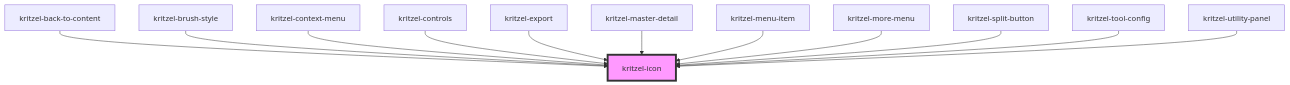
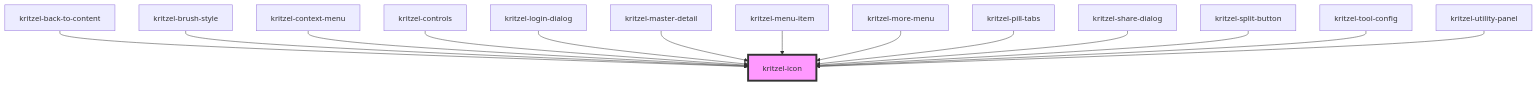
Before and after one commit to kasual1/kritzel: the diagram in libs/kritzel-stencil/src/components/shared/kritzel-icon/readme.md, drawn with Mermaid. The commit also changed other lines of this file and 469 other files, not shown here.

````diff
--- a/libs/kritzel-stencil/src/components/shared/kritzel-icon/readme.md
+++ b/libs/kritzel-stencil/src/components/shared/kritzel-icon/readme.md
@@ -34,15 +36,17 @@
 ```mermaid
 graph TD;
   kritzel-back-to-content --> kritzel-icon
   kritzel-brush-style --> kritzel-icon
   kritzel-context-menu --> kritzel-icon
   kritzel-controls --> kritzel-icon
-  kritzel-export --> kritzel-icon
+  kritzel-login-dialog --> kritzel-icon
   kritzel-master-detail --> kritzel-icon
   kritzel-menu-item --> kritzel-icon
   kritzel-more-menu --> kritzel-icon
+  kritzel-pill-tabs --> kritzel-icon
+  kritzel-share-dialog --> kritzel-icon
   kritzel-split-button --> kritzel-icon
   kritzel-tool-config --> kritzel-icon
   kritzel-utility-panel --> kritzel-icon
   style kritzel-icon fill:#f9f,stroke:#333,stroke-width:4px
 ```
````
